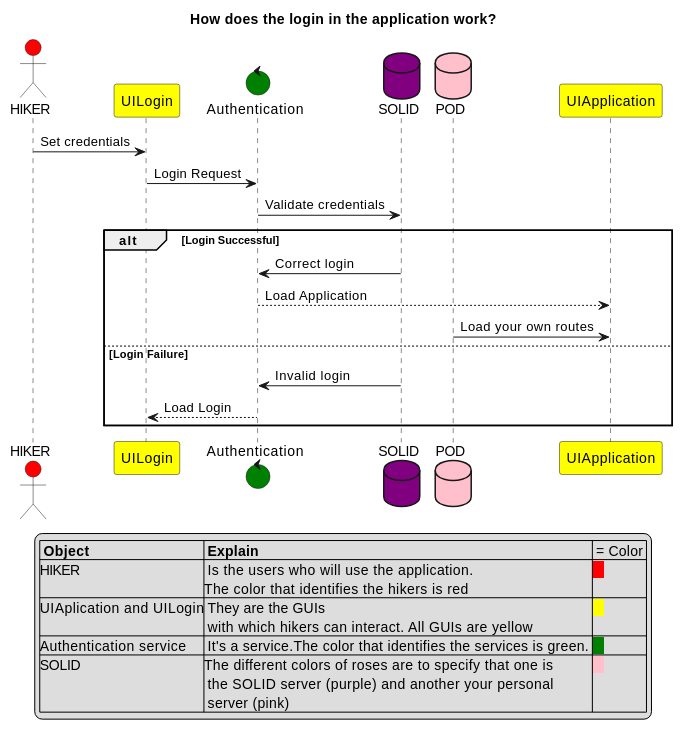
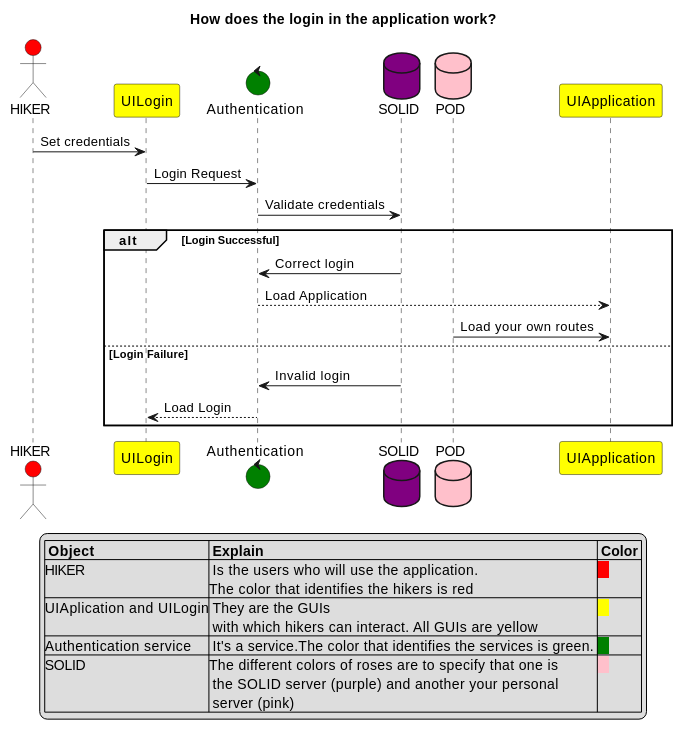
The first of 2 diagrams in src/docs/06_runtime_view.adoc (Arquisoft/viade_es1b), drawn with PlantUML before and after one commit. The commit also changed other lines of this file, not shown here.

```diff
--- a/src/docs/06_runtime_view.adoc
+++ b/src/docs/06_runtime_view.adoc
@@ -16,36 +16,36 @@
 [plantuml,"Initial diagram",png]
 ----
 title How does the login in the application work?
 
 actor HIKER #red
 participant UILogin #yellow
 control Authentication #green
 database SOLID #purple
 database POD #pink
 participant UIApplication #yellow
 
 HIKER -> UILogin: Set credentials
 UILogin -> Authentication: Login Request
 Authentication -> SOLID: Validate credentials
 
 alt Login Successful
 	SOLID -> Authentication: Correct login
 	Authentication --> UIApplication: Load Application
     POD->UIApplication: Load your own routes
 	
 else Login Failure
 	SOLID -> Authentication: Invalid login
 	Authentication --> UILogin: Load Login
 	end
 
 legend
-|= Object |= Explain | = Color |
+|= Object |= Explain |= Color |
 |HIKER | Is the users who will use the application.\nThe color that identifies the hikers is red |<back:#FF0000>   </back> |
 |UIAplication and UILogin| They are the GUIs\n with which hikers can interact. All GUIs are yellow |<back:yellow>   </back> |
 |Authentication service | It's a service.The color that identifies the services is green. |<back:green>   </back> |
 |SOLID|The different colors of roses are to specify that one is\n the SOLID server (purple) and another your personal\n server (pink)|<back:pink>   </back> |
 endlegend
 
 
 
 ----
```
